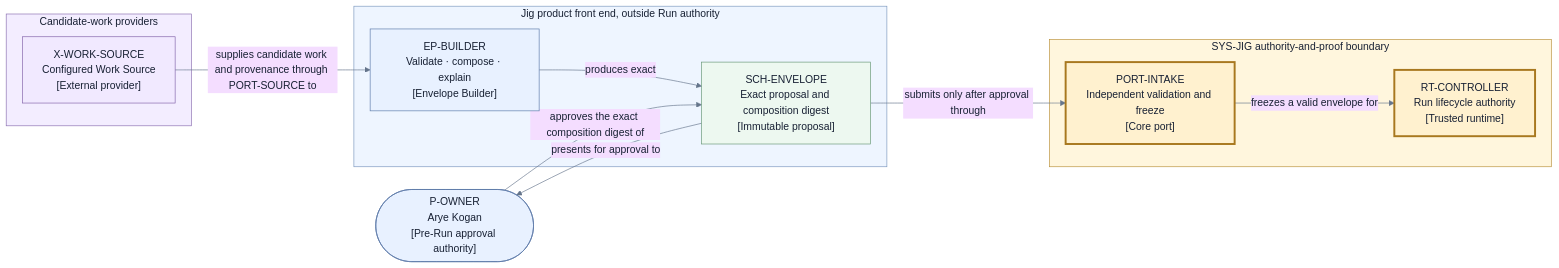
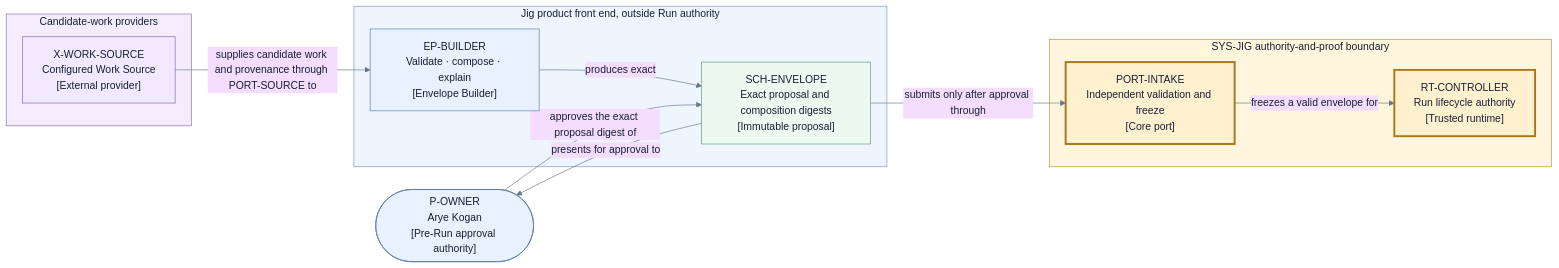
Before and after one commit to agentic-workflow-kit/jig: the diagram in docs/redesign/design/envelope-production.md, drawn with Mermaid. The commit also changed other lines of this file and 20 other files, not shown here.

````diff
--- a/docs/redesign/design/envelope-production.md
+++ b/docs/redesign/design/envelope-production.md
@@ -211,37 +224,37 @@
 ```mermaid
 %%{init: {"theme": "base", "themeVariables": {"fontFamily": "Inter, ui-sans-serif, system-ui", "primaryTextColor": "#172033", "lineColor": "#65758b"}}}%%
 flowchart LR
     Owner(["P-OWNER<br/>Arye Kogan<br/>[Pre-Run approval authority]"])
     subgraph SourceZone["Candidate-work providers"]
         Source["X-WORK-SOURCE<br/>Configured Work Source<br/>[External provider]"]
     end
     subgraph FrontEnd["Jig product front end, outside Run authority"]
         Builder["EP-BUILDER<br/>Validate · compose · explain<br/>[Envelope Builder]"]
-        Proposal["SCH-ENVELOPE<br/>Exact proposal and composition digest<br/>[Immutable proposal]"]
+        Proposal["SCH-ENVELOPE<br/>Exact proposal and composition digests<br/>[Immutable proposal]"]
     end
     subgraph Core["SYS-JIG authority-and-proof boundary"]
         Intake["PORT-INTAKE<br/>Independent validation and freeze<br/>[Core port]"]
         Controller["RT-CONTROLLER<br/>Run lifecycle authority<br/>[Trusted runtime]"]
     end
 
     Source -->|"supplies candidate work and provenance through PORT-SOURCE to"| Builder
     Builder -->|"produces exact"| Proposal
     Proposal -->|"presents for approval to"| Owner
-    Owner -->|"approves the exact composition digest of"| Proposal
+    Owner -->|"approves the exact proposal digest of"| Proposal
     Proposal -->|"submits only after approval through"| Intake
     Intake -->|"freezes a valid envelope for"| Controller
 
     style SourceZone fill:#f3edff,stroke:#8a6eb0,color:#172033
     style FrontEnd fill:#eef5ff,stroke:#7a96bd,color:#172033
     style Core fill:#fff6dd,stroke:#b8903a,color:#172033
     classDef person fill:#e8f1ff,stroke:#5a78a8,color:#172033
     classDef provider fill:#f1e9ff,stroke:#8061a8,color:#172033
     classDef builder fill:#e8f1ff,stroke:#5a78a8,color:#172033
     classDef artifact fill:#edf8f0,stroke:#659574,color:#172033
     classDef core fill:#fff1cf,stroke:#a8781f,stroke-width:3px,color:#172033
     class Owner person
     class Source provider
     class Builder builder
     class Proposal artifact
     class Intake,Controller core
 ```
````
